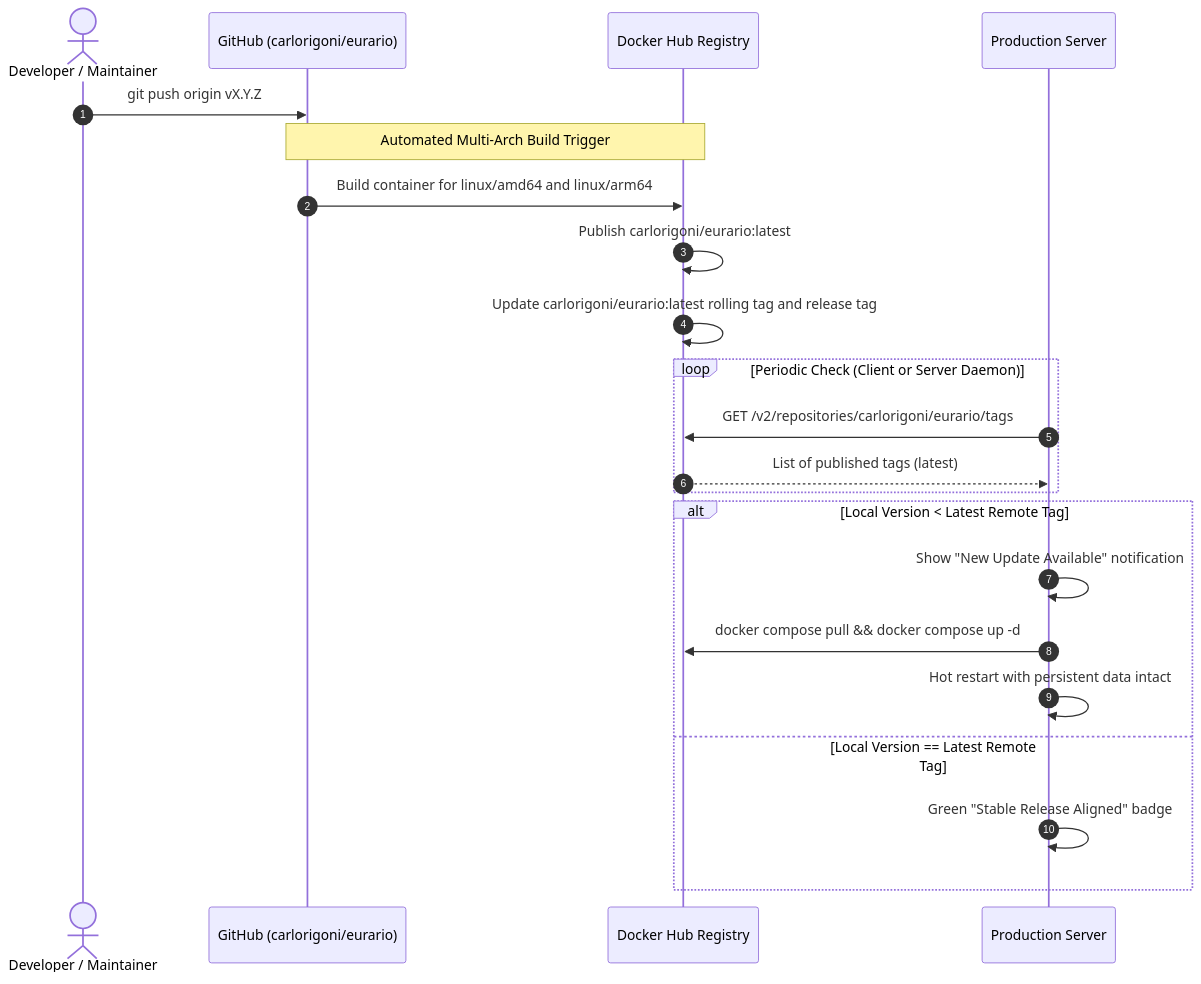
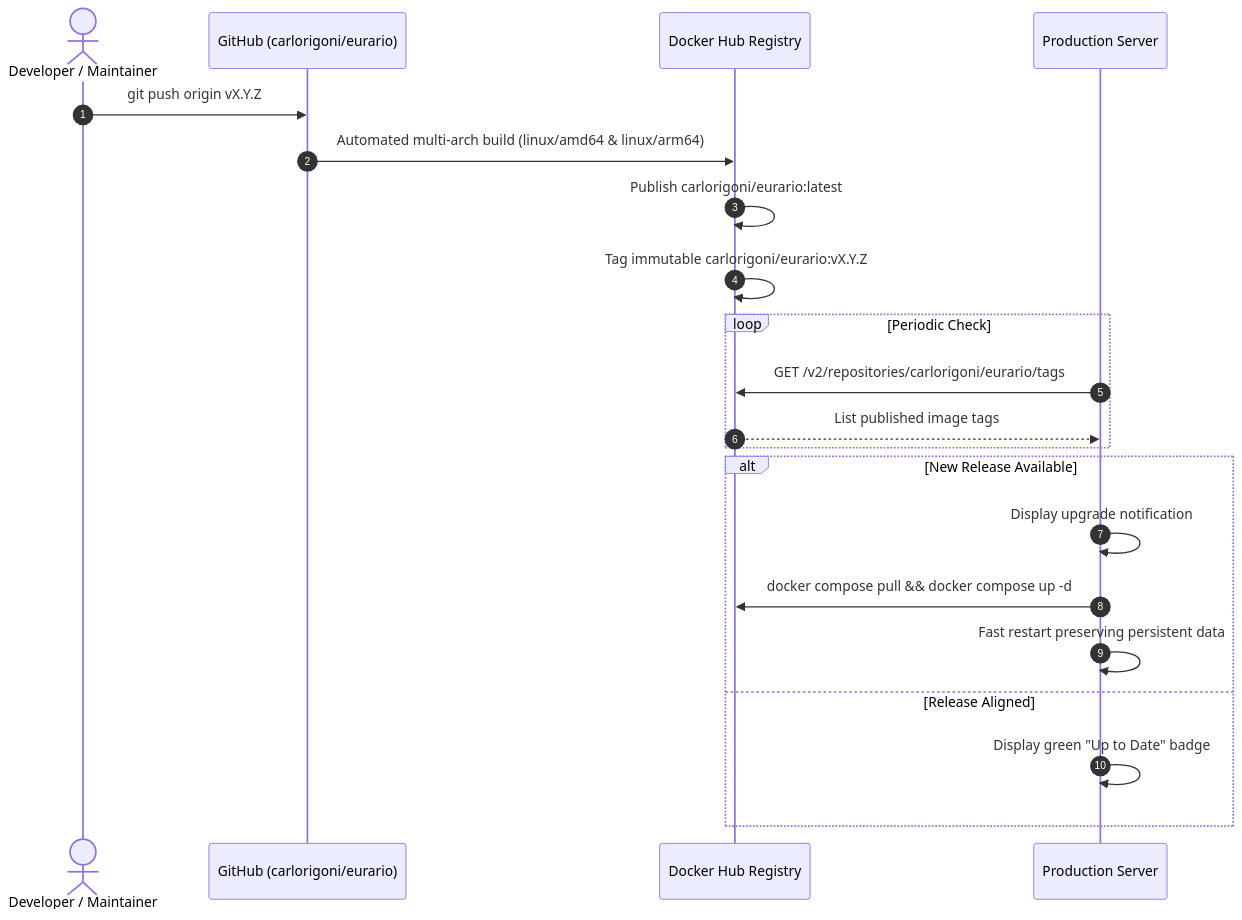
Before and after one commit to carlorigoni/eurario: the third of 4 diagrams in docs/en/architecture.md, drawn with Mermaid. The commit also changed other lines of this file and 13 other files, not shown here.

````diff
--- a/docs/en/architecture.md
+++ b/docs/en/architecture.md
@@ -160,27 +159,26 @@
 ```mermaid
 sequenceDiagram
     autonumber
     actor Dev as Developer / Maintainer
     participant Git as GitHub (carlorigoni/eurario)
     participant Hub as Docker Hub Registry
     participant Prod as Production Server
 
     Dev->>Git: git push origin vX.Y.Z
-    Note over Git,Hub: Automated Multi-Arch Build Trigger
-    Git->>Hub: Build container for linux/amd64 and linux/arm64
+    Git->>Hub: Automated multi-arch build (linux/amd64 & linux/arm64)
     Hub->>Hub: Publish carlorigoni/eurario:latest
-    Hub->>Hub: Update carlorigoni/eurario:latest rolling tag and release tag
+    Hub->>Hub: Tag immutable carlorigoni/eurario:vX.Y.Z
 
-    loop Periodic Check (Client or Server Daemon)
+    loop Periodic Check
         Prod->>Hub: GET /v2/repositories/carlorigoni/eurario/tags
-        Hub-->>Prod: List of published tags (latest)
+        Hub-->>Prod: List published image tags
     end
 
-    alt Local Version < Latest Remote Tag
-        Prod->>Prod: Show "New Update Available" notification
+    alt New Release Available
+        Prod->>Prod: Display upgrade notification
         Prod->>Hub: docker compose pull && docker compose up -d
-        Prod->>Prod: Hot restart with persistent data intact
-    else Local Version == Latest Remote Tag
-        Prod->>Prod: Green "Stable Release Aligned" badge
+        Prod->>Prod: Fast restart preserving persistent data
+    else Release Aligned
+        Prod->>Prod: Display green "Up to Date" badge
     end
 ```
````
